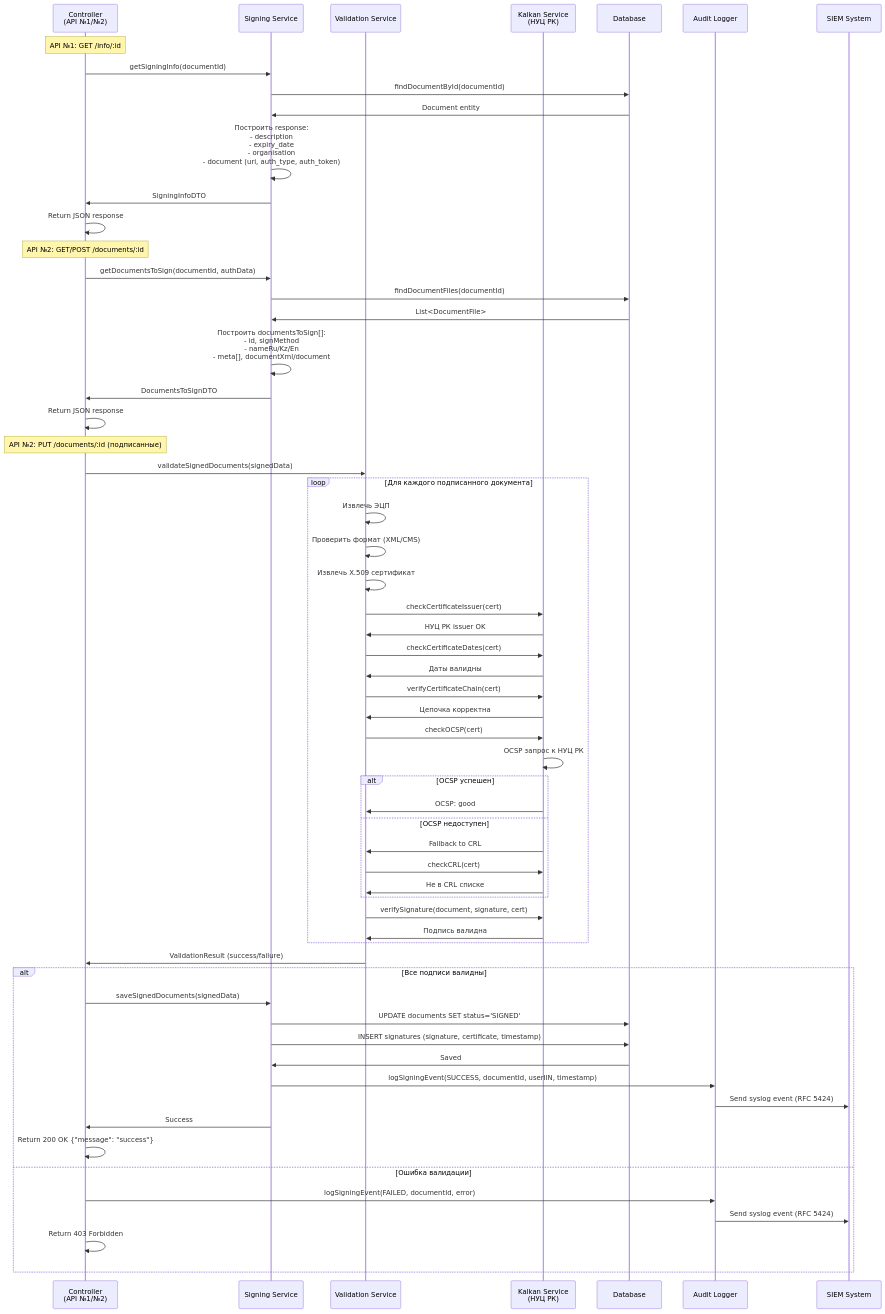
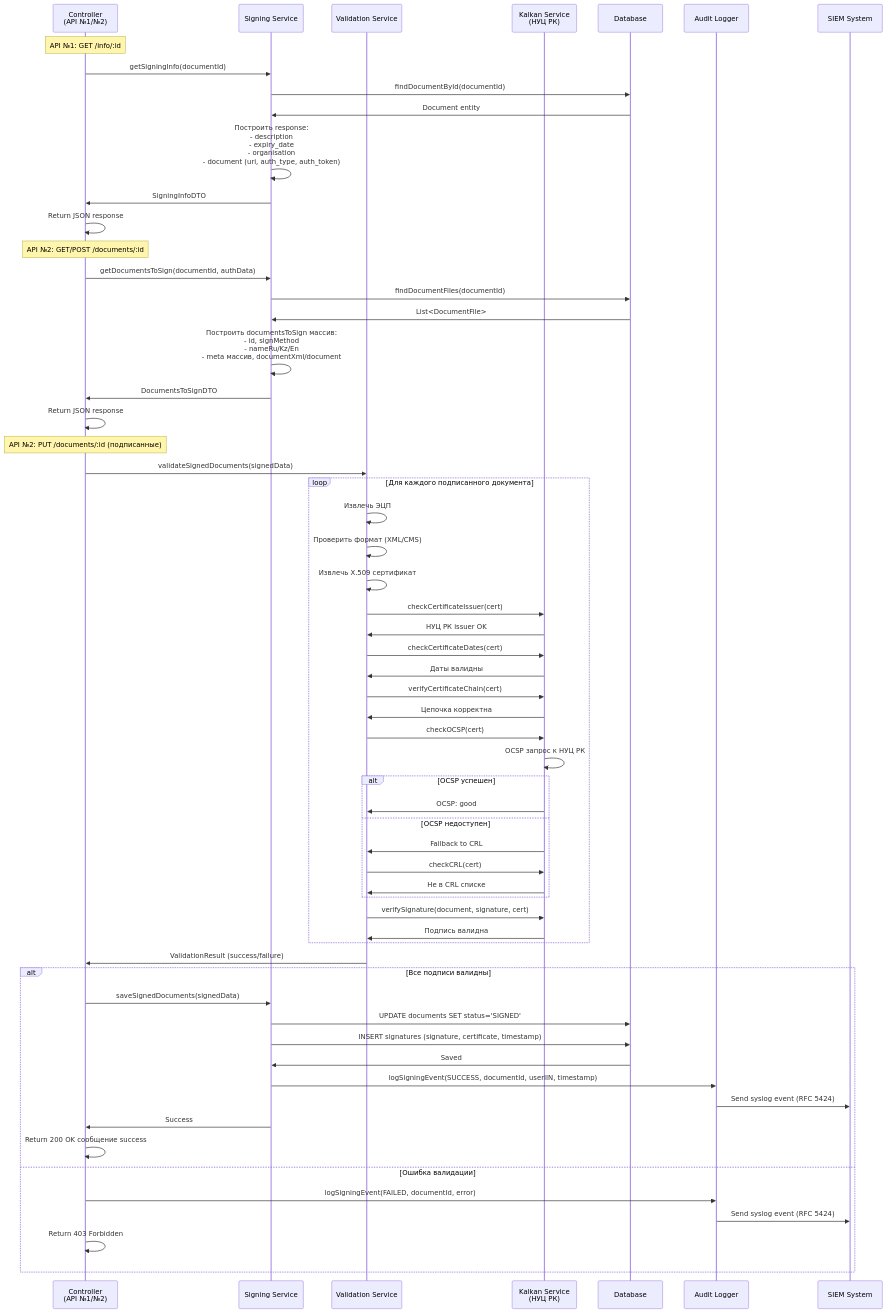
One commit to adamshels1/coube-documentation changed diagram 14 of 17 in business_analysis/converted/QR sign/QR-Signing-Flow-Diagrams.md. Above: the diagram before and after it, drawn with Mermaid. The commit also changed other lines of this file, not shown here.

````diff
--- a/business_analysis/converted/QR sign/QR-Signing-Flow-Diagrams.md
+++ b/business_analysis/converted/QR sign/QR-Signing-Flow-Diagrams.md
@@ -823,82 +823,82 @@
 ```mermaid
 sequenceDiagram
     participant Controller as Controller<br/>(API №1/№2)
     participant Service as Signing Service
     participant Validator as Validation Service
     participant Kalkan as Kalkan Service<br/>(НУЦ РК)
     participant DB as Database
     participant Audit as Audit Logger
     participant SIEM as SIEM System
 
     Note over Controller: API №1: GET /info/:id
 
     Controller->>Service: getSigningInfo(documentId)
     Service->>DB: findDocumentById(documentId)
     DB->>Service: Document entity
     Service->>Service: Построить response:<br/>- description<br/>- expiry_date<br/>- organisation<br/>- document (uri, auth_type, auth_token)
     Service->>Controller: SigningInfoDTO
     Controller->>Controller: Return JSON response
 
     Note over Controller: API №2: GET/POST /documents/:id
 
     Controller->>Service: getDocumentsToSign(documentId, authData)
     Service->>DB: findDocumentFiles(documentId)
     DB->>Service: List<DocumentFile>
-    Service->>Service: Построить documentsToSign[]:<br/>- id, signMethod<br/>- nameRu/Kz/En<br/>- meta[], documentXml/document
+    Service->>Service: Построить documentsToSign массив:<br/>- id, signMethod<br/>- nameRu/Kz/En<br/>- meta массив, documentXml/document
     Service->>Controller: DocumentsToSignDTO
     Controller->>Controller: Return JSON response
 
     Note over Controller: API №2: PUT /documents/:id (подписанные)
 
     Controller->>Validator: validateSignedDocuments(signedData)
 
     loop Для каждого подписанного документа
         Validator->>Validator: Извлечь ЭЦП
         Validator->>Validator: Проверить формат (XML/CMS)
         Validator->>Validator: Извлечь X.509 сертификат
 
         Validator->>Kalkan: checkCertificateIssuer(cert)
         Kalkan->>Validator: НУЦ РК issuer OK
 
         Validator->>Kalkan: checkCertificateDates(cert)
         Kalkan->>Validator: Даты валидны
 
         Validator->>Kalkan: verifyCertificateChain(cert)
         Kalkan->>Validator: Цепочка корректна
 
         Validator->>Kalkan: checkOCSP(cert)
         Kalkan->>Kalkan: OCSP запрос к НУЦ РК
 
         alt OCSP успешен
             Kalkan->>Validator: OCSP: good
         else OCSP недоступен
             Kalkan->>Validator: Fallback to CRL
             Validator->>Kalkan: checkCRL(cert)
             Kalkan->>Validator: Не в CRL списке
         end
 
         Validator->>Kalkan: verifySignature(document, signature, cert)
         Kalkan->>Validator: Подпись валидна
     end
 
     Validator->>Controller: ValidationResult (success/failure)
 
     alt Все подписи валидны
         Controller->>Service: saveSignedDocuments(signedData)
         Service->>DB: UPDATE documents SET status='SIGNED'
         Service->>DB: INSERT signatures (signature, certificate, timestamp)
         DB->>Service: Saved
 
         Service->>Audit: logSigningEvent(SUCCESS, documentId, userIIN, timestamp)
         Audit->>SIEM: Send syslog event (RFC 5424)
 
         Service->>Controller: Success
-        Controller->>Controller: Return 200 OK {"message": "success"}
+        Controller->>Controller: Return 200 OK сообщение success
 
     else Ошибка валидации
         Controller->>Audit: logSigningEvent(FAILED, documentId, error)
         Audit->>SIEM: Send syslog event (RFC 5424)
 
         Controller->>Controller: Return 403 Forbidden
     end
 ```
````
